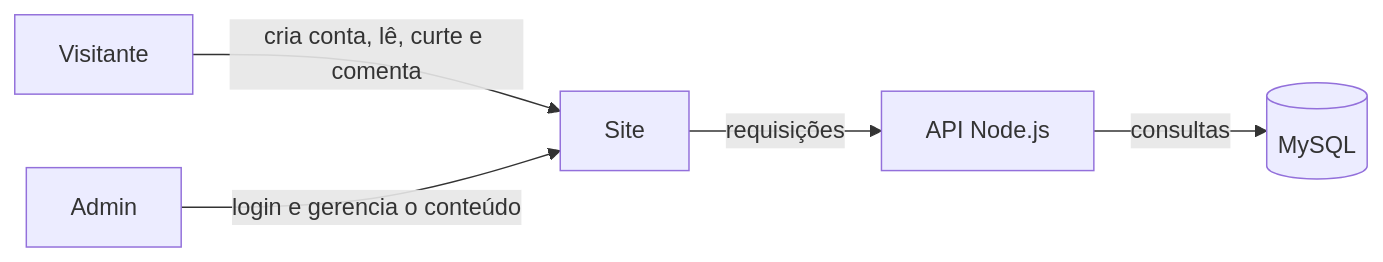
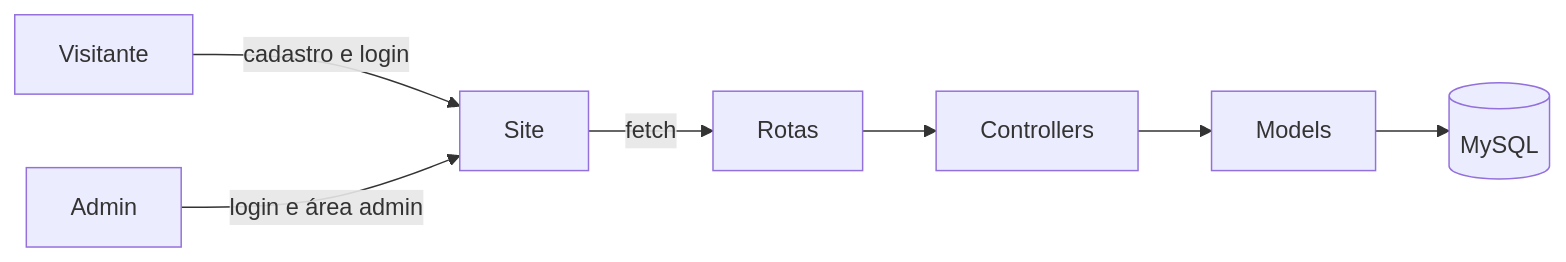
One commit to mtSanttos/autosample changed the diagram in README.md. Above: the diagram before and after it, drawn with Mermaid. The commit also changed other lines of this file, not shown here.

````diff
--- a/README.md
+++ b/README.md
@@ -41,7 +41,9 @@
 ```mermaid
 flowchart LR
-    V[Visitante] -->|cria conta, lê, curte e comenta| S[Site]
-    A[Admin] -->|login e gerencia o conteúdo| S
-    S -->|requisições| API[API Node.js]
-    API -->|consultas| DB[(MySQL)]
+    V[Visitante] -->|cadastro e login| S[Site]
+    A[Admin] -->|login e área admin| S
+    S -->|fetch| R[Rotas]
+    R --> C[Controllers]
+    C --> M[Models]
+    M --> DB[(MySQL)]
 ```
````
